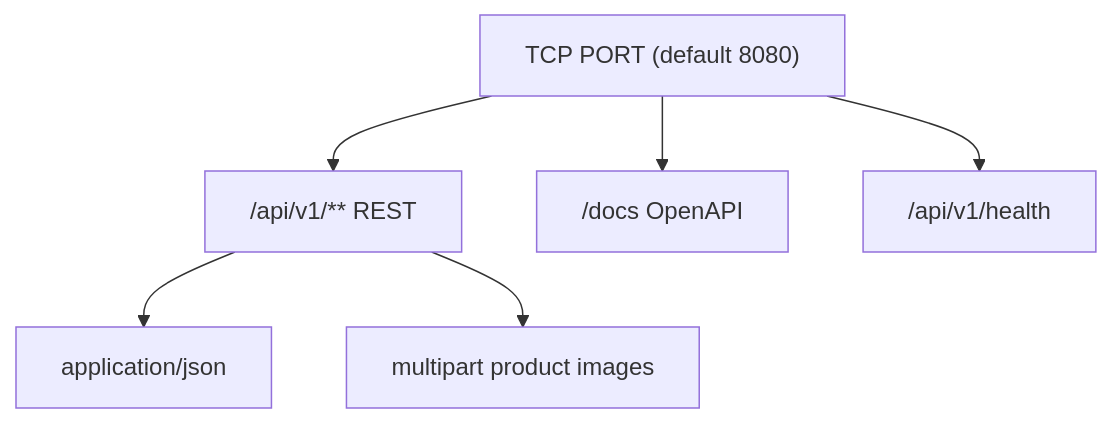
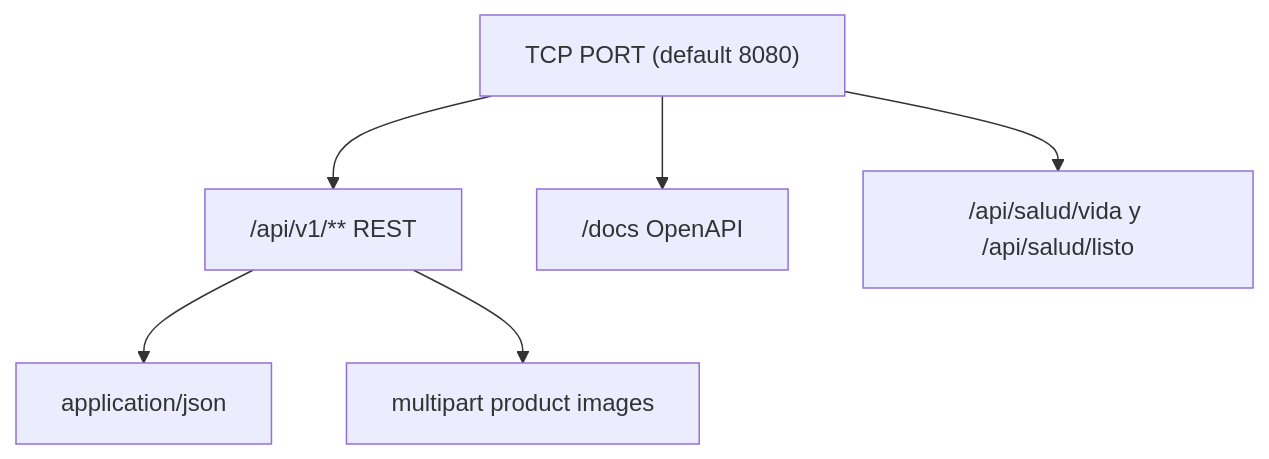
Before and after one commit to julianmeoficial/minimalecommerceapi: the third of 5 diagrams in docs/04-CONEXIONES.md, drawn with Mermaid. The commit also changed 11 other files, not shown here.

````diff
--- a/docs/04-CONEXIONES.md
+++ b/docs/04-CONEXIONES.md
@@ -39,10 +39,10 @@
 ```mermaid
 flowchart TB
   In["TCP PORT (default 8080)"]
   In --> Api["/api/v1/** REST"]
   In --> Docs["/docs OpenAPI"]
-  In --> Health["/api/v1/health"]
+  In --> Health["/api/salud/vida y /api/salud/listo"]
 
   Api --> JSON["application/json"]
   Api --> MP["multipart product images"]
 ```
````
